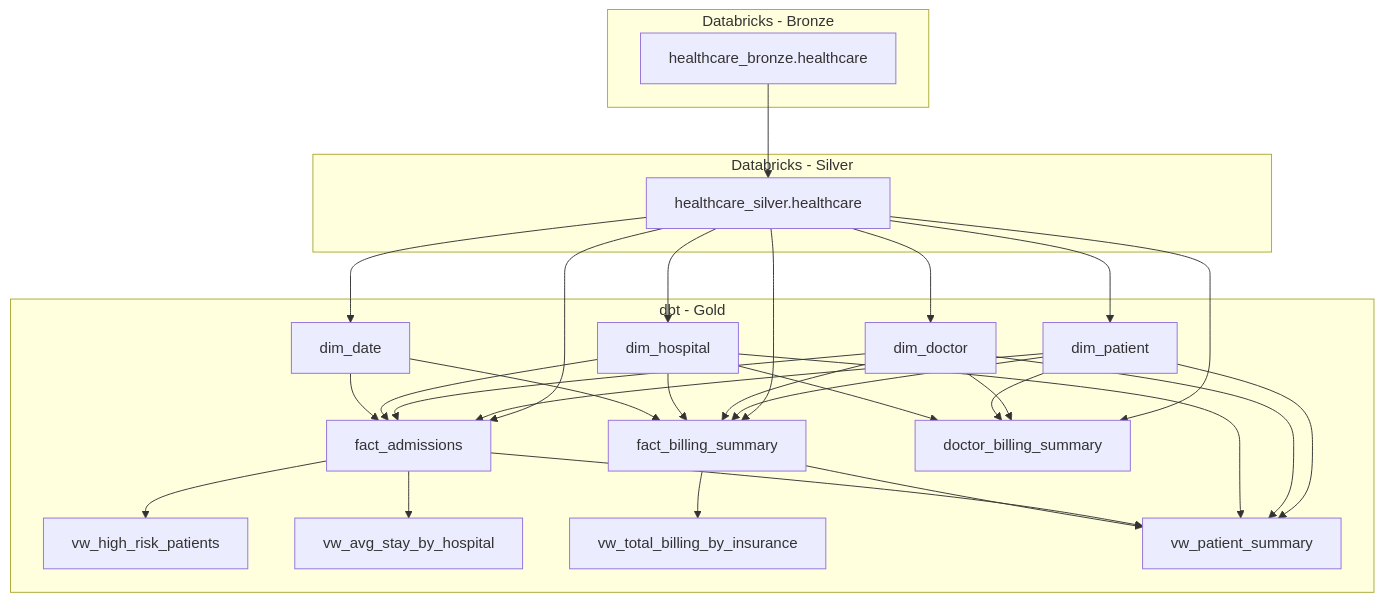
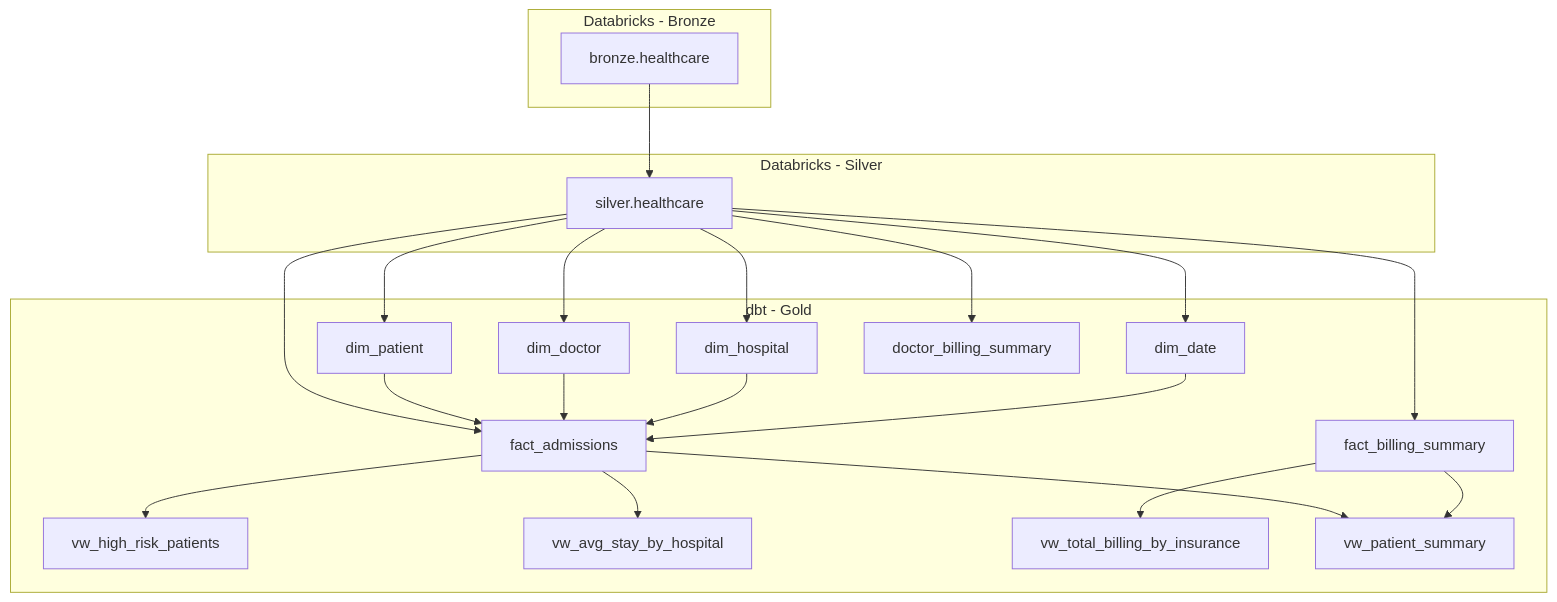
The diagram in README.md (AjanbiAli200/Patient-Risk-Prediction), drawn with Mermaid before and after one commit. The commit also changed other lines of this file, not shown here.

````diff
--- a/README.md
+++ b/README.md
@@ -57,65 +46,44 @@
 ```mermaid
 graph TD
     subgraph Bronze Layer [Databricks - Bronze]
-        bronze_healthcare["healthcare_bronze.healthcare"]
+        bronze_healthcare["bronze.healthcare"]
     end
 
     subgraph Silver Layer [Databricks - Silver]
-        silver_healthcare["healthcare_silver.healthcare"]
+        silver_healthcare["silver.healthcare"]
     end
 
     subgraph Gold Layer [dbt - Gold]
         dim_patient["dim_patient"]
         dim_doctor["dim_doctor"]
         dim_hospital["dim_hospital"]
         dim_date["dim_date"]
         fact_admissions["fact_admissions"]
         fact_billing_summary["fact_billing_summary"]
         doctor_billing_summary["doctor_billing_summary"]
         vw_high_risk_patients["vw_high_risk_patients"]
         vw_avg_stay_by_hospital["vw_avg_stay_by_hospital"]
         vw_total_billing_by_insurance["vw_total_billing_by_insurance"]
         vw_patient_summary["vw_patient_summary"]
     end
 
-    %% Bronze → Silver
     bronze_healthcare --> silver_healthcare
-
-    %% Silver → Dimensions
     silver_healthcare --> dim_patient
     silver_healthcare --> dim_doctor
     silver_healthcare --> dim_hospital
     silver_healthcare --> dim_date
-
-    %% Silver → Facts
     silver_healthcare --> fact_admissions
     silver_healthcare --> fact_billing_summary
     silver_healthcare --> doctor_billing_summary
 
-    %% Dimensions → Facts
     dim_patient --> fact_admissions
     dim_doctor --> fact_admissions
     dim_hospital --> fact_admissions
     dim_date --> fact_admissions
 
-    dim_patient --> fact_billing_summary
-    dim_doctor --> fact_billing_summary
-    dim_hospital --> fact_billing_summary
-    dim_date --> fact_billing_summary
-
-    dim_doctor --> doctor_billing_summary
-    dim_patient --> doctor_billing_summary
-    dim_hospital --> doctor_billing_summary
-
-    %% Facts → Views
     fact_admissions --> vw_high_risk_patients
+    fact_billing_summary --> vw_total_billing_by_insurance
     fact_admissions --> vw_avg_stay_by_hospital
-    fact_billing_summary --> vw_total_billing_by_insurance
-
-    %% Views combining multiple facts/dims
-    dim_patient --> vw_patient_summary
-    dim_doctor --> vw_patient_summary
-    dim_hospital --> vw_patient_summary
     fact_admissions --> vw_patient_summary
     fact_billing_summary --> vw_patient_summary
 ```
````
